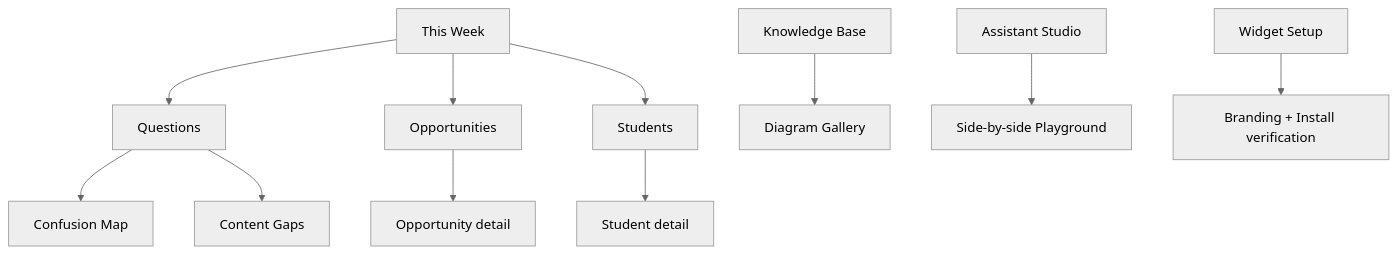
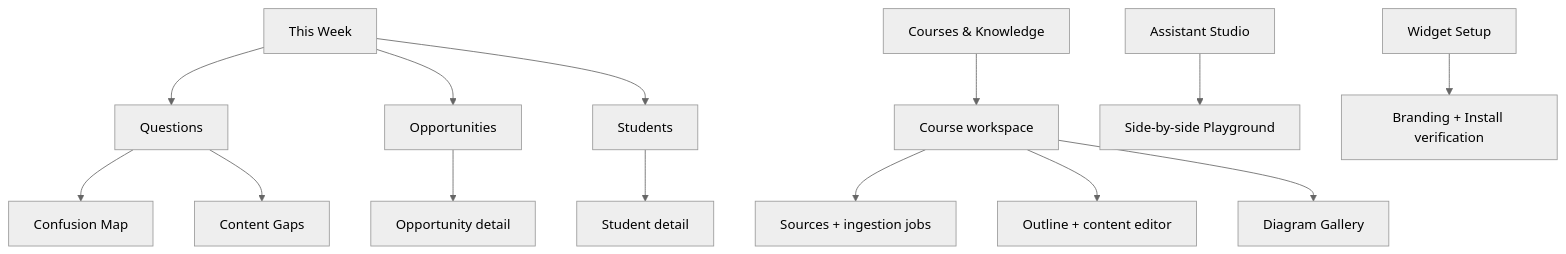
Before and after one commit to emielmadonna/Learnbot: the diagram in docs/course-ai-platform/07-UX-INFORMATION-ARCHITECTURE.md, drawn with Mermaid (neutral theme). The commit also changed other lines of this file and 54 other files, not shown here.

````diff
--- a/docs/course-ai-platform/07-UX-INFORMATION-ARCHITECTURE.md
+++ b/docs/course-ai-platform/07-UX-INFORMATION-ARCHITECTURE.md
@@ -16,13 +18,16 @@
 ```mermaid
 flowchart TD
   H["This Week"] --> Q["Questions"]
   H --> O["Opportunities"]
   H --> S["Students"]
   Q --> CM["Confusion Map"]
   Q --> CG["Content Gaps"]
   S --> SD["Student detail"]
   O --> OD["Opportunity detail"]
-  K["Knowledge Base"] --> G["Diagram Gallery"]
+  K["Courses & Knowledge"] --> C["Course workspace"]
+  C --> I["Sources + ingestion jobs"]
+  C --> E["Outline + content editor"]
+  C --> G["Diagram Gallery"]
   A["Assistant Studio"] --> P["Side-by-side Playground"]
   W["Widget Setup"] --> B["Branding + Install verification"]
 ```
````
